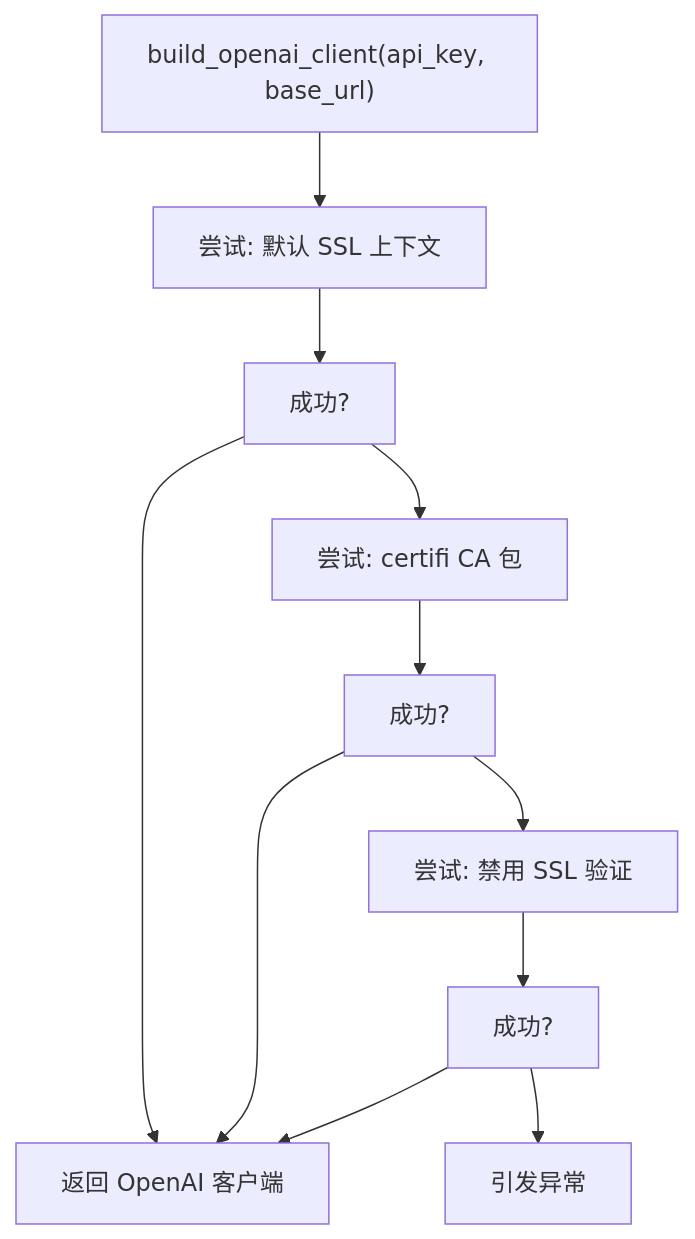
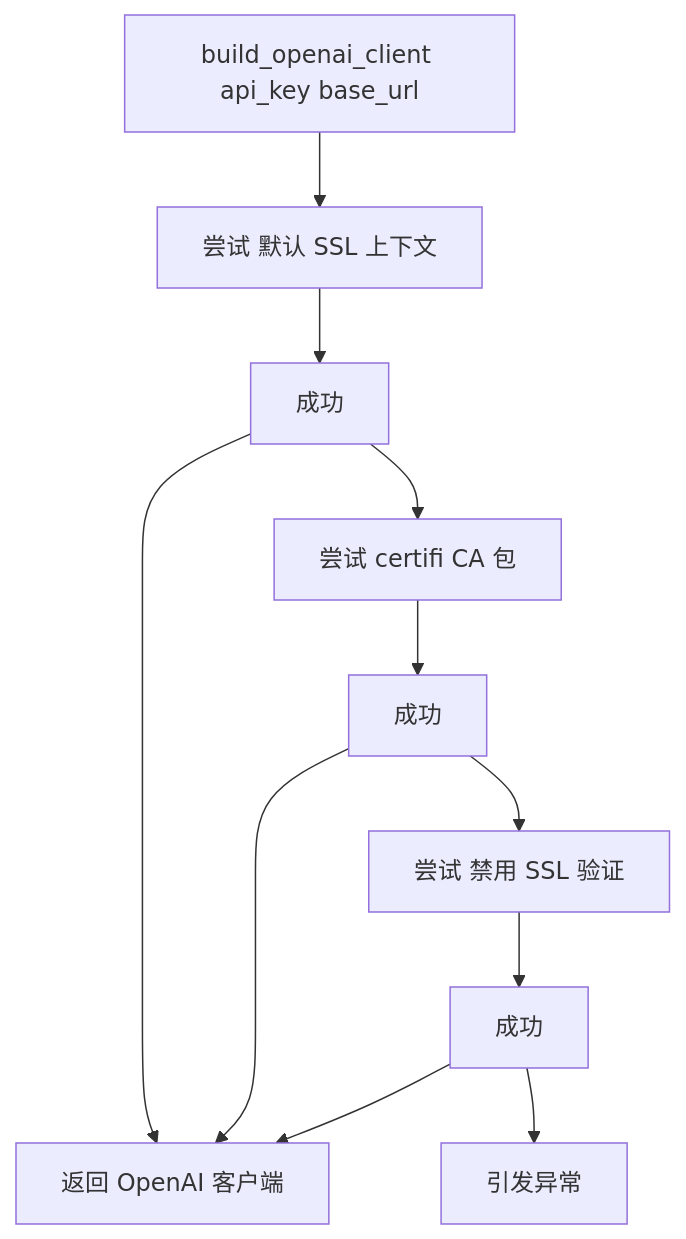
One commit to HKLHaoBin/LyricSphere changed diagram 42 of 44 in README.md. Above: the diagram before and after it, drawn with Mermaid. The commit also changed other lines of this file, not shown here.

First line of the commit message:
docs: 更新流程图中的文本格式和结构

````diff
--- a/README.md
+++ b/README.md
@@ -3934,22 +3941,24 @@
 ```mermaid
 flowchart TD
-Start["build_openai_client(api_key, base_url)"]
-Try1["尝试: 默认 SSL 上下文"]
-Check1["成功?"]
-Try2["尝试: certifi CA 包"]
-Check2["成功?"]
-Try3["尝试: 禁用 SSL 验证"]
-Check3["成功?"]
-Error["引发异常"]
-Return["返回 OpenAI 客户端"]
-Start --> Try1
-Try1 --> Check1
-Check1 --> Return
-Check1 --> Try2
-Try2 --> Check2
-Check2 --> Return
-Check2 --> Try3
-Try3 --> Check3
-Check3 --> Return
-Check3 --> Error
+    Start["build_openai_client api_key base_url"]
+    Try1["尝试 默认 SSL 上下文"]
+    Check1["成功"]
+    Try2["尝试 certifi CA 包"]
+    Check2["成功"]
+    Try3["尝试 禁用 SSL 验证"]
+    Check3["成功"]
+    Error["引发异常"]
+    Return["返回 OpenAI 客户端"]
+
+    Start --> Try1
+    Try1 --> Check1
+    Check1 --> Return
+    Check1 --> Try2
+    Try2 --> Check2
+    Check2 --> Return
+    Check2 --> Try3
+    Try3 --> Check3
+    Check3 --> Return
+    Check3 --> Error
+
 ```
````
